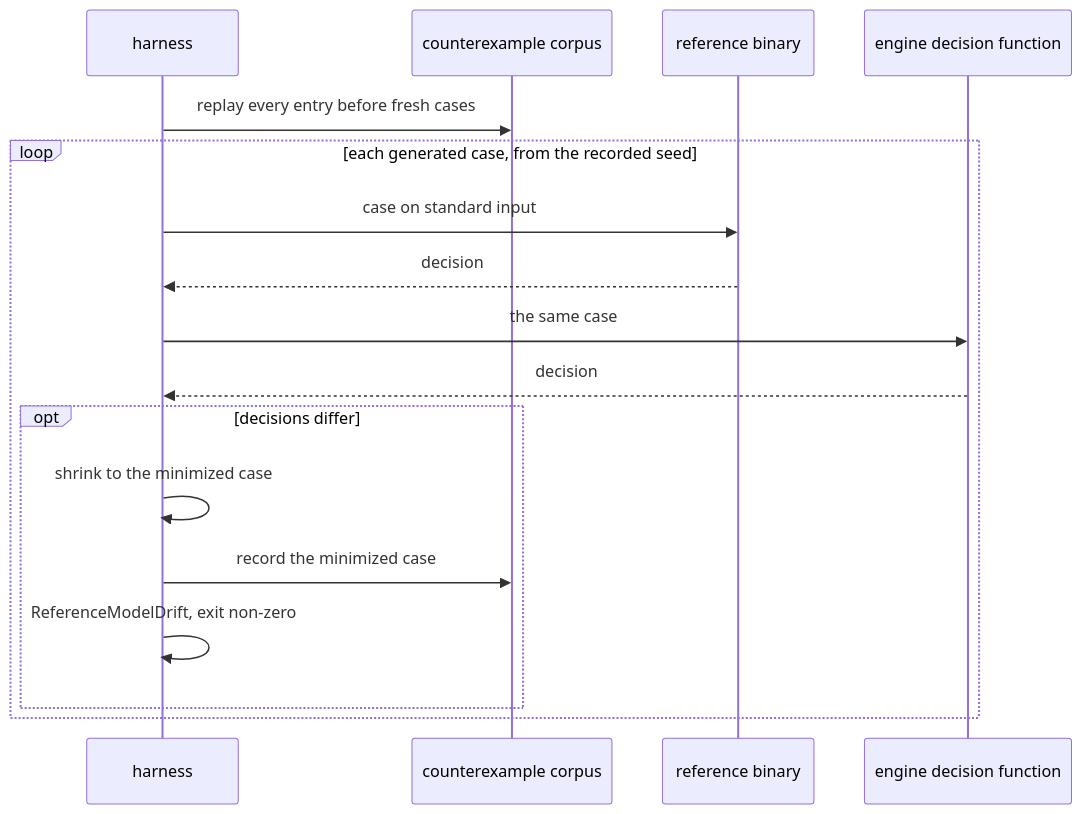
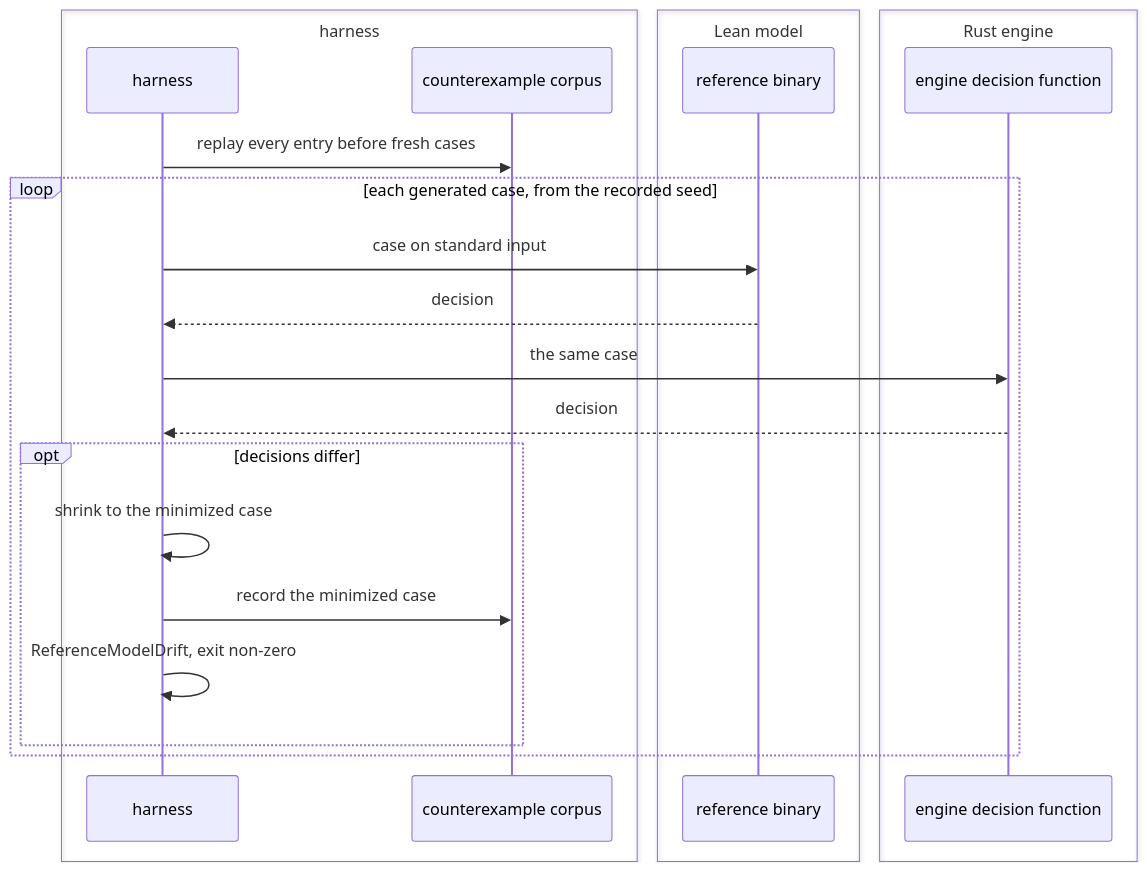
The third of 3 diagrams in spec/80-formal.md (fractalboxdev/contextful), drawn with Mermaid before and after one commit. The commit also changed other lines of this file and 33 other files, not shown here.

Commit message:
spec: diagrams draw contracts, parties and trust zones as containers; a node standing for one is refused

````diff
--- a/spec/80-formal.md
+++ b/spec/80-formal.md
@@ -216,19 +236,25 @@
 ```mermaid
 sequenceDiagram
-    participant H as harness
-    participant K as counterexample corpus
-    participant R as reference binary
-    participant E as engine decision function
+    box harness
+        participant H as harness
+        participant K as counterexample corpus
+    end
+    box Lean model
+        participant R as reference binary
+    end
+    box Rust engine
+        participant E as engine decision function
+    end
     H->>K: replay every entry before fresh cases
     loop each generated case, from the recorded seed
         H->>R: case on standard input
         R-->>H: decision
         H->>E: the same case
         E-->>H: decision
         opt decisions differ
             H->>H: shrink to the minimized case
             H->>K: record the minimized case
             H->>H: ReferenceModelDrift, exit non-zero
         end
     end
 ```
````
